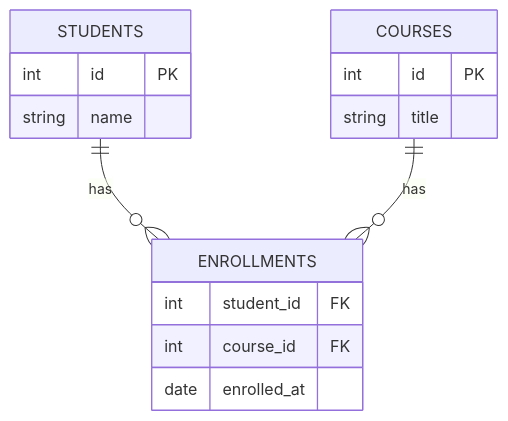
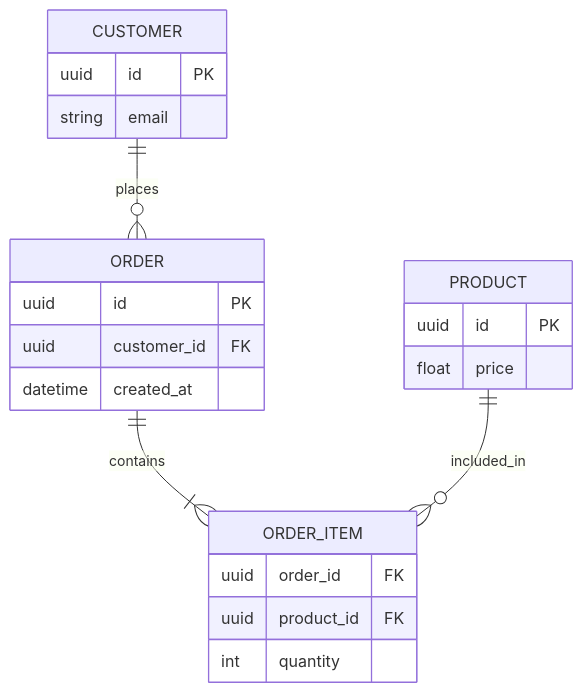
One commit to Enggvault/Full-stack changed diagram 15 of 35 in 08-databases/notes.md. Above: the diagram before and after it, drawn with Mermaid. The commit also changed other lines of this file, not shown here.

````diff
--- a/08-databases/notes.md
+++ b/08-databases/notes.md
@@ -209,19 +1298,25 @@
 ```mermaid
 erDiagram
-    STUDENTS ||--o{ ENROLLMENTS : "has"
-    COURSES ||--o{ ENROLLMENTS : "has"
+    CUSTOMER ||--o{ ORDER : places
+    ORDER ||--|{ ORDER_ITEM : contains
+    PRODUCT ||--o{ ORDER_ITEM : included_in
     
-    STUDENTS {
-        int id PK
-        string name
+    CUSTOMER {
+        uuid id PK
+        string email
     }
-    COURSES {
-        int id PK
-        string title
+    ORDER {
+        uuid id PK
+        uuid customer_id FK
+        datetime created_at
     }
-    ENROLLMENTS {
-        int student_id FK
-        int course_id FK
-        date enrolled_at
+    ORDER_ITEM {
+        uuid order_id FK
+        uuid product_id FK
+        int quantity
+    }
+    PRODUCT {
+        uuid id PK
+        float price
     }
 ```
````
